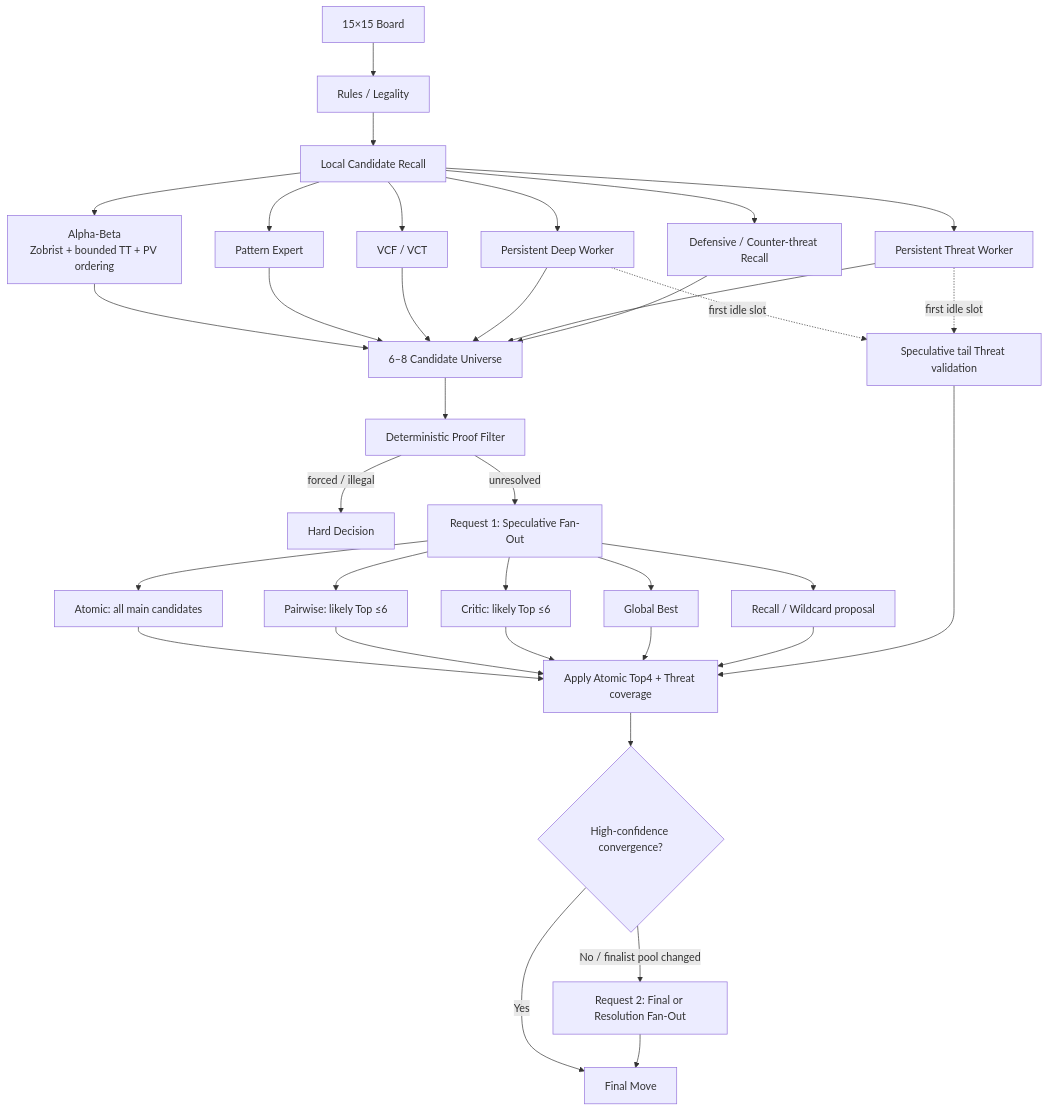
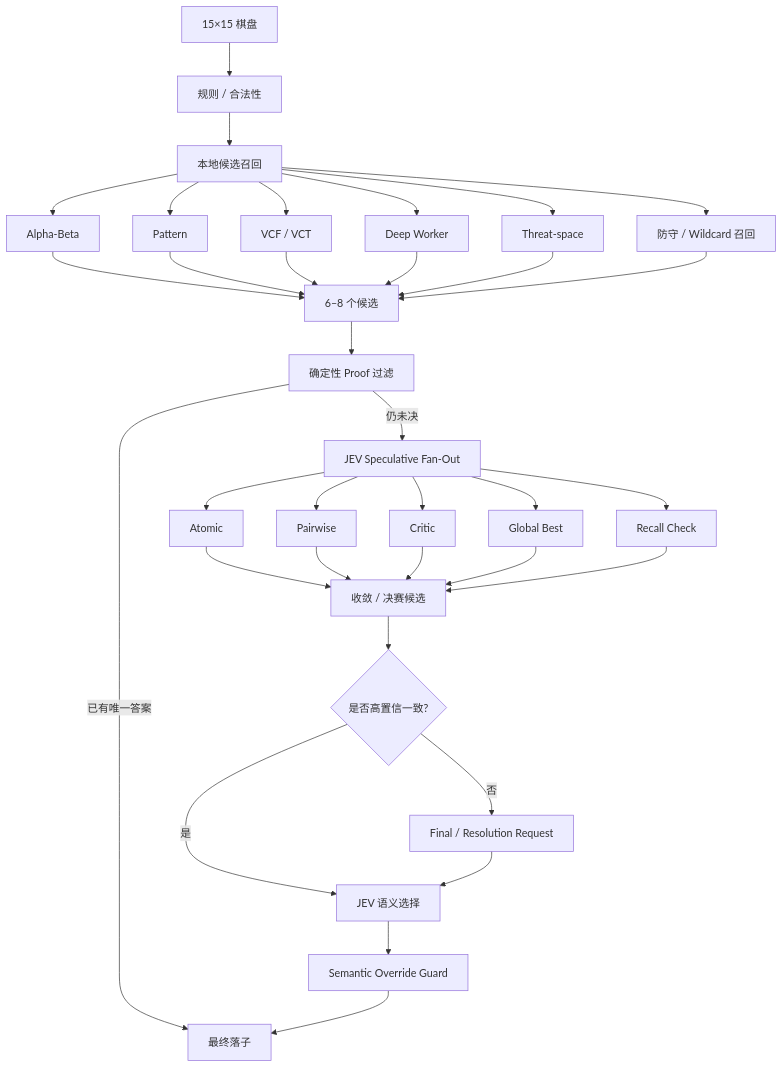
One commit to jackson-heylion/jev-gomoku changed the diagram in README.md. Above: the diagram before and after it, drawn with Mermaid. The commit also changed other lines of this file, not shown here.

```diff
--- a/README.md
+++ b/README.md
@@ -161,44 +46,43 @@
 ~~~mermaid
 flowchart TD
-    A[15×15 Board] --> B[Rules / Legality]
-    B --> C[Local Candidate Recall]
+    A[15×15 棋盘] --> B[规则 / 合法性]
+    B --> C[本地候选召回]
 
-    C --> C1[Alpha-Beta<br/>Zobrist + bounded TT + PV ordering]
-    C --> C2[Pattern Expert]
+    C --> C1[Alpha-Beta]
+    C --> C2[Pattern]
     C --> C3[VCF / VCT]
-    C --> C4[Persistent Deep Worker]
-    C --> C5[Persistent Threat Worker]
-    C --> C6[Defensive / Counter-threat Recall]
+    C --> C4[Deep Worker]
+    C --> C5[Threat-space]
+    C --> C6[防守 / Wildcard 召回]
 
-    C1 --> D[6–8 Candidate Universe]
+    C1 --> D[6–8 个候选]
     C2 --> D
     C3 --> D
     C4 --> D
     C5 --> D
     C6 --> D
 
-    D --> E[Deterministic Proof Filter]
-    E -->|forced / illegal| F[Hard Decision]
-    E -->|unresolved| G[Request 1: Speculative Fan-Out]
+    D --> E[确定性 Proof 过滤]
+    E -->|已有唯一答案| F[最终落子]
+    E -->|仍未决| G[JEV Speculative Fan-Out]
 
-    G --> G1[Atomic: all main candidates]
-    G --> G2[Pairwise: likely Top ≤6]
-    G --> G3[Critic: likely Top ≤6]
+    G --> G1[Atomic]
+    G --> G2[Pairwise]
+    G --> G3[Critic]
     G --> G4[Global Best]
-    G --> G5[Recall / Wildcard proposal]
+    G --> G5[Recall Check]
 
-    G1 --> H[Apply Atomic Top4 + Threat coverage]
+    G1 --> H[收敛 / 决赛候选]
     G2 --> H
     G3 --> H
     G4 --> H
     G5 --> H
 
-    H --> I{High-confidence convergence?}
-    I -->|Yes| J[Final Move]
-    I -->|No / finalist pool changed| K[Request 2: Final or Resolution Fan-Out]
+    H --> I{是否高置信一致?}
+    I -->|是| J[JEV 语义选择]
+    I -->|否| K[Final / Resolution Request]
     K --> J
 
-    C4 -. first idle slot .-> T[Speculative tail Threat validation]
-    C5 -. first idle slot .-> T
-    T --> H
+    J --> L[Semantic Override Guard]
+    L --> F
 ~~~
```
